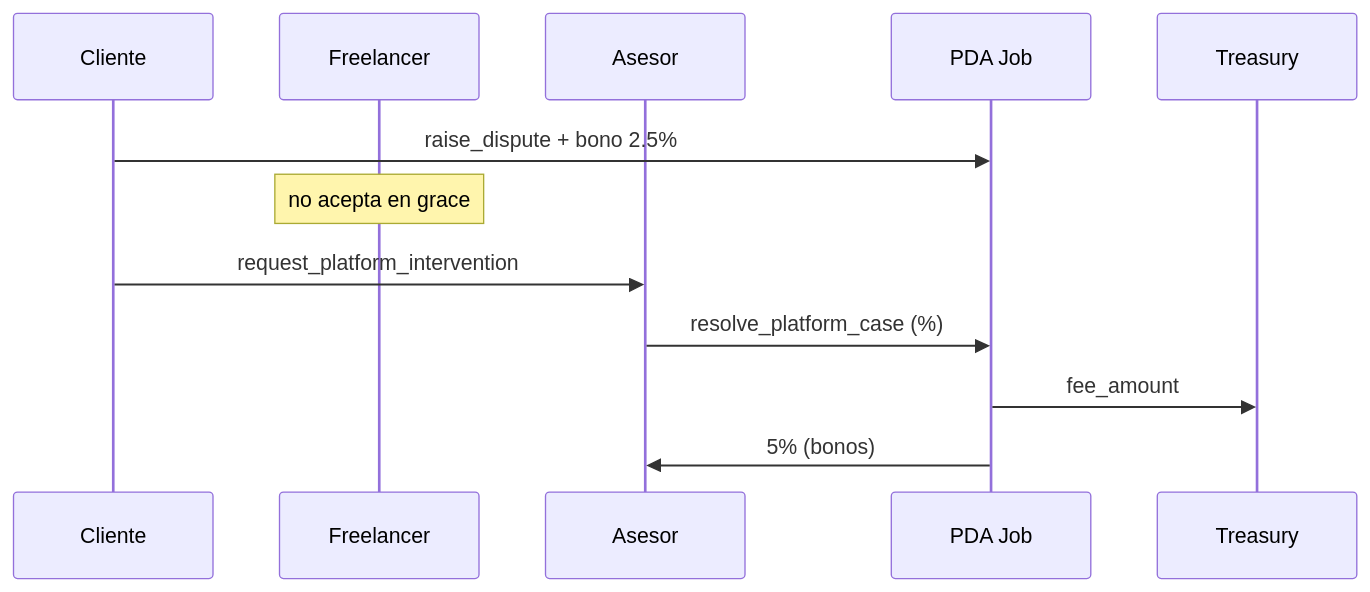
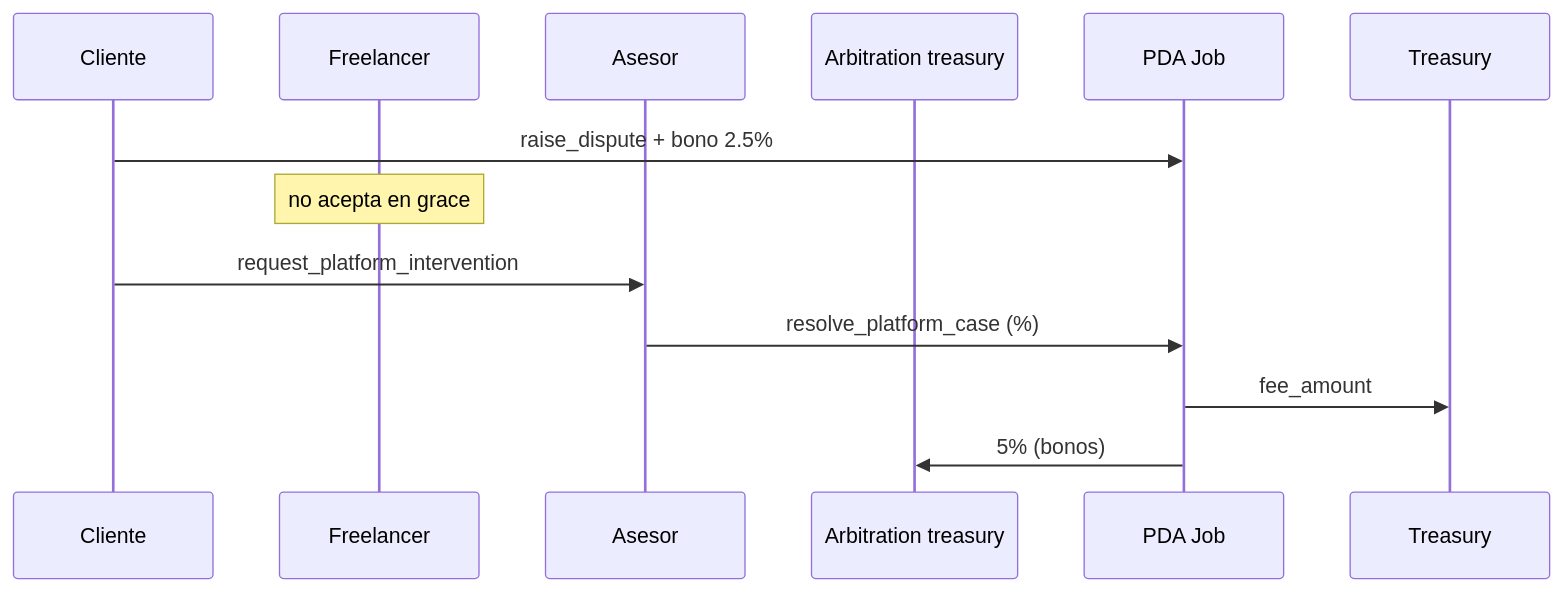
The diagram in trust-escrow-v3/docs/escenarios/04-disputa-asesor.md (davidcoachdev/Trust-Work-Escrow), drawn with Mermaid before and after one commit. The commit also changed other lines of this file and 57 other files, not shown here.

````diff
--- a/trust-escrow-v3/docs/escenarios/04-disputa-asesor.md
+++ b/trust-escrow-v3/docs/escenarios/04-disputa-asesor.md
@@ -29,14 +30,15 @@
 ```mermaid
 sequenceDiagram
     participant C as Cliente
     participant F as Freelancer
     participant AD as Asesor
+    participant AT as Arbitration treasury
     participant J as PDA Job
     participant T as Treasury
     C->>J: raise_dispute + bono 2.5%
     Note over F: no acepta en grace
     C->>AD: request_platform_intervention
     AD->>J: resolve_platform_case (%)
     J->>T: fee_amount
-    J->>AD: 5% (bonos)
+    J->>AT: 5% (bonos)
 ```
````
